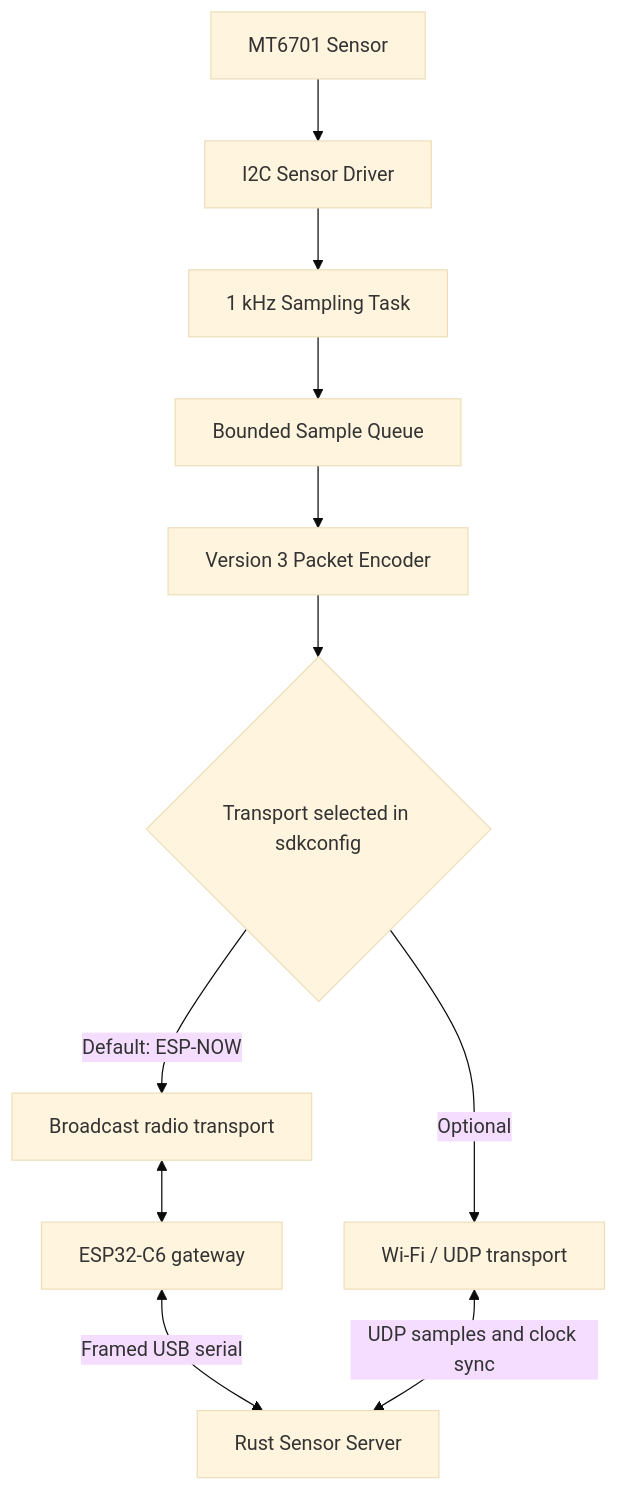
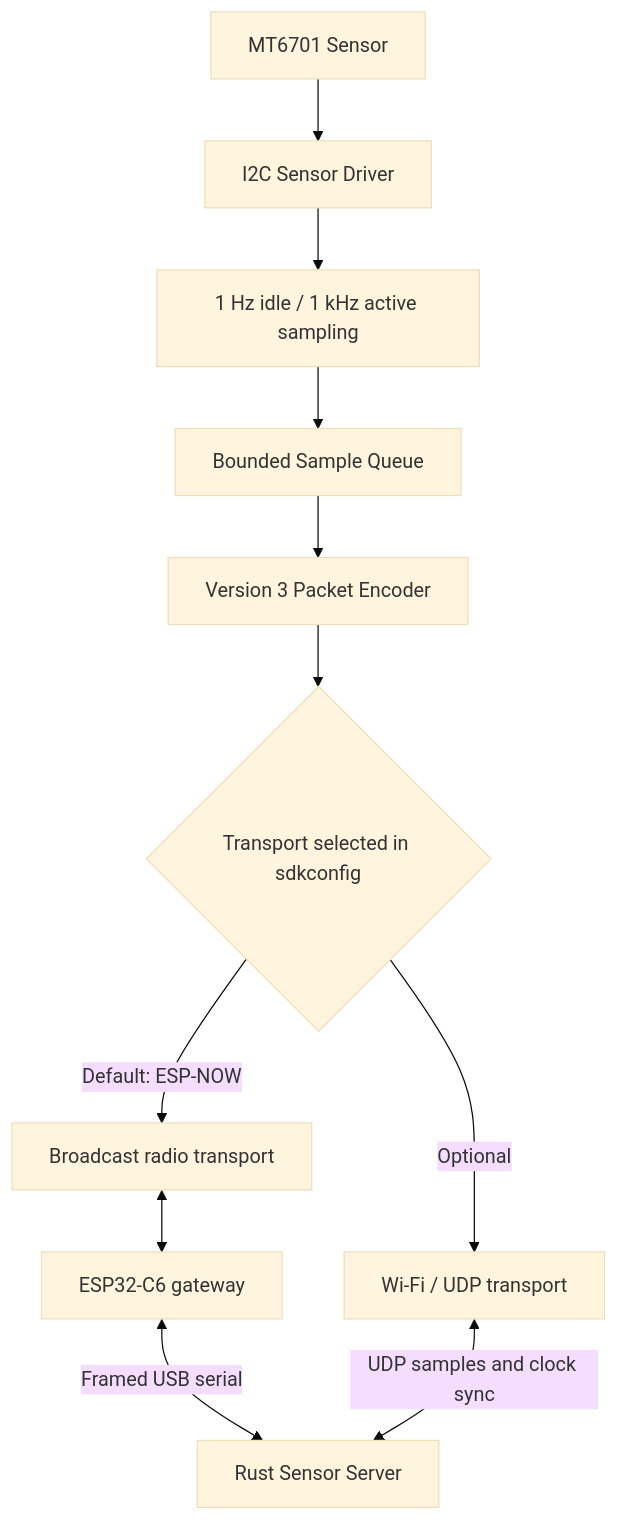
The second of 5 diagrams in docs/architecture.md (Neko-vecter/inverted-pendulum-sensor), drawn with Mermaid (base theme) before and after one commit. The commit also changed other lines of this file and 14 other files, not shown here.

````diff
--- a/docs/architecture.md
+++ b/docs/architecture.md
@@ -26,13 +26,13 @@
 ```mermaid
 flowchart TD
     Sensor["MT6701 Sensor"] --> Driver["I2C Sensor Driver"]
-    Driver --> Sampler["1 kHz Sampling Task"]
+    Driver --> Sampler["1 Hz idle / 1 kHz active sampling"]
     Sampler --> Queue["Bounded Sample Queue"]
     Queue --> Encoder["Version 3 Packet Encoder"]
     Encoder --> Select{"Transport selected in sdkconfig"}
     Select -->|Default: ESP-NOW| Radio["Broadcast radio transport"]
     Radio <--> Gateway["ESP32-C6 gateway"]
     Gateway <-->|"Framed USB serial"| Server["Rust Sensor Server"]
     Select -->|Optional| UDP["Wi-Fi / UDP transport"]
     UDP <-->|"UDP samples and clock sync"| Server
 ```
````
